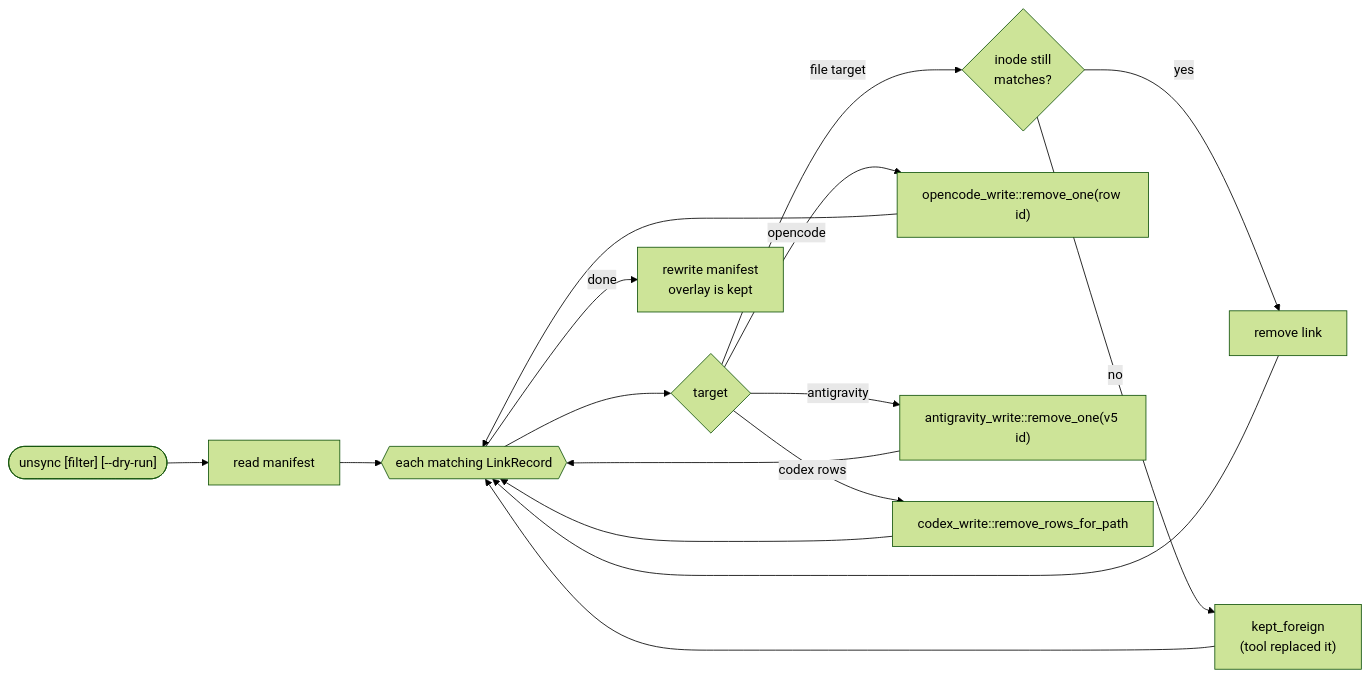
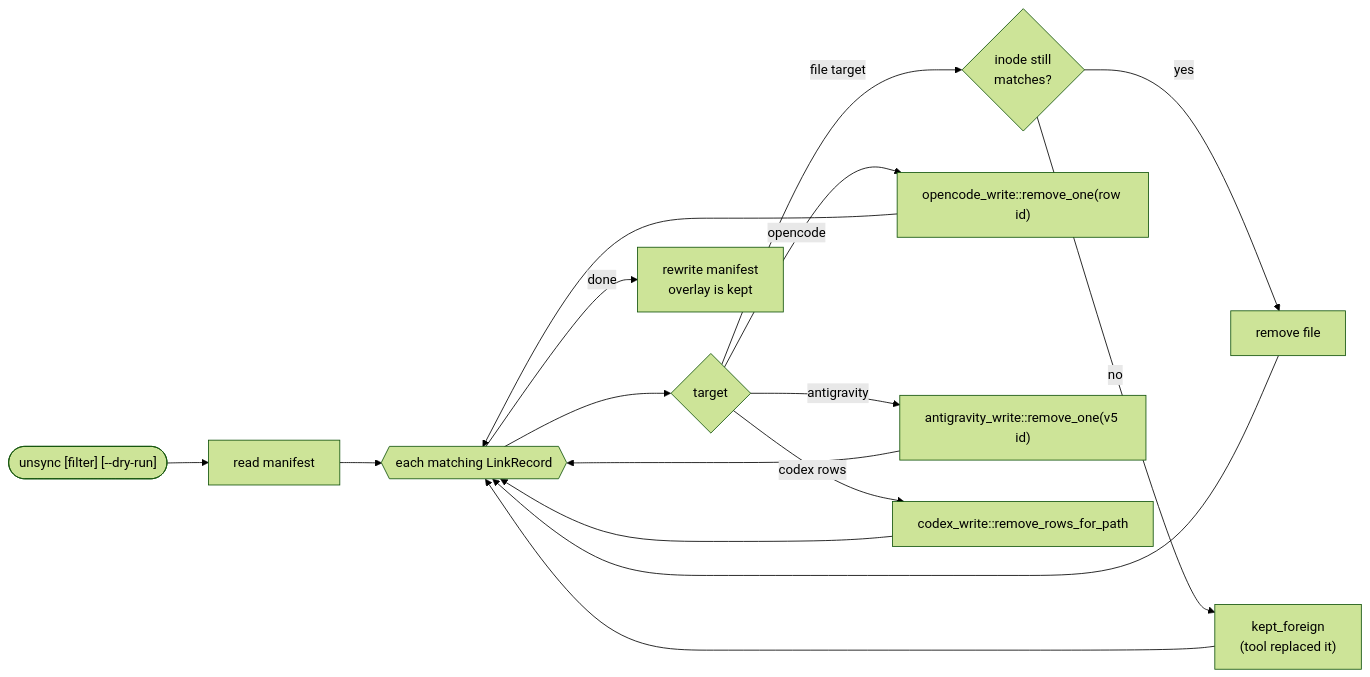
Diagram 12 of 12 in ARCHITECTURE.md (45Harry/agentbridge), drawn with Mermaid (forest theme) before and after one commit. The commit also changed other lines of this file and 1 other file, not shown here.

First line of the commit message:
docs: bring ARCHITECTURE.md in line with the code

````diff
--- a/ARCHITECTURE.md
+++ b/ARCHITECTURE.md
@@ -464,14 +482,14 @@
 ```mermaid
 flowchart LR
     u0(["unsync [filter] [--dry-run]"]) --> u1["read manifest"]
     u1 --> u2{{"each matching LinkRecord"}}
     u2 --> u3{"target"}
     u3 -->|file target| u4{"inode still<br/>matches?"}
-    u4 -- yes --> u5["remove link"]
+    u4 -- yes --> u5["remove file"]
     u4 -- no --> u6["kept_foreign<br/>(tool replaced it)"]
     u3 -->|opencode| u7["opencode_write::remove_one(row id)"]
     u3 -->|antigravity| u8["antigravity_write::remove_one(v5 id)"]
     u3 -->|codex rows| u9["codex_write::remove_rows_for_path"]
     u5 & u6 & u7 & u8 & u9 --> u2
     u2 -- done --> u10["rewrite manifest<br/>overlay is kept"]
 ```
````
